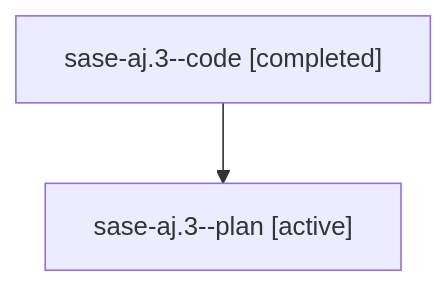
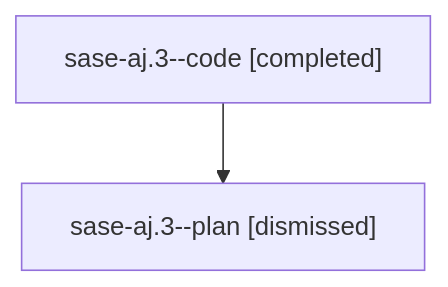
One commit to sase-org/sase--agents changed the diagram in sessions/bbugyi200.athena.sase-aj.3.md. Above: the diagram before and after it, drawn with Mermaid. The commit also changed other lines of this file and 92 other files, not shown here.

````diff
--- a/sessions/bbugyi200.athena.sase-aj.3.md
+++ b/sessions/bbugyi200.athena.sase-aj.3.md
@@ -9,6 +9,6 @@
 ```mermaid
 flowchart TD
   n0["sase-aj.3--code [completed]"]
-  n1["sase-aj.3--plan [active]"]
+  n1["sase-aj.3--plan [dismissed]"]
   n0 --> n1
 ```
````
